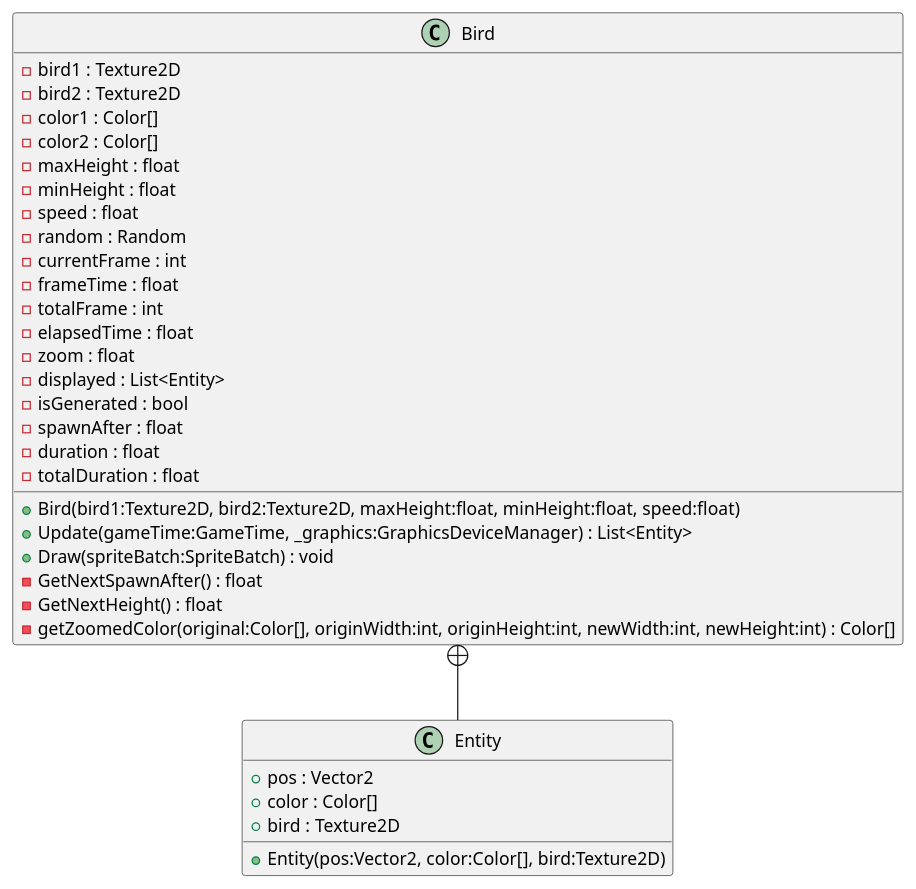
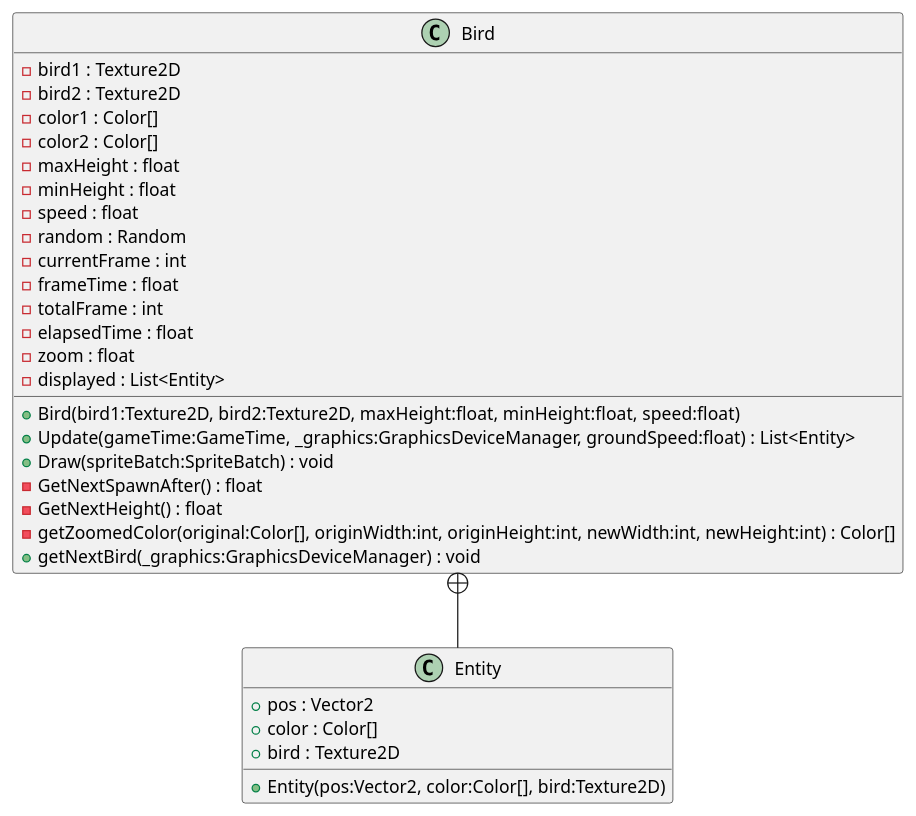
Before and after one commit to Famich1ki/T-rax-game: the diagram in UML/Bird.puml, drawn with PlantUML. The commit also changed 44 other files, not shown here.

```diff
--- a/UML/Bird.puml
+++ b/UML/Bird.puml
@@ -1,35 +1,32 @@
 @startuml
 class Bird {
     - bird1 : Texture2D
     - bird2 : Texture2D
     - color1 : Color[]
     - color2 : Color[]
     - maxHeight : float
     - minHeight : float
     - speed : float
     - random : Random
     - currentFrame : int
     - frameTime : float
     - totalFrame : int
     - elapsedTime : float
     - zoom : float
     - displayed : List<Entity>
-    - isGenerated : bool
-    - spawnAfter : float
-    - duration : float
-    - totalDuration : float
     + Bird(bird1:Texture2D, bird2:Texture2D, maxHeight:float, minHeight:float, speed:float)
-    + Update(gameTime:GameTime, _graphics:GraphicsDeviceManager) : List<Entity>
+    + Update(gameTime:GameTime, _graphics:GraphicsDeviceManager, groundSpeed:float) : List<Entity>
     + Draw(spriteBatch:SpriteBatch) : void
     - GetNextSpawnAfter() : float
     - GetNextHeight() : float
     - getZoomedColor(original:Color[], originWidth:int, originHeight:int, newWidth:int, newHeight:int) : Color[]
+    + getNextBird(_graphics:GraphicsDeviceManager) : void
 }
 class Entity {
     + pos : Vector2
     + color : Color[]
     + bird : Texture2D
     + Entity(pos:Vector2, color:Color[], bird:Texture2D)
 }
 Bird +-- Entity
 @enduml
```
